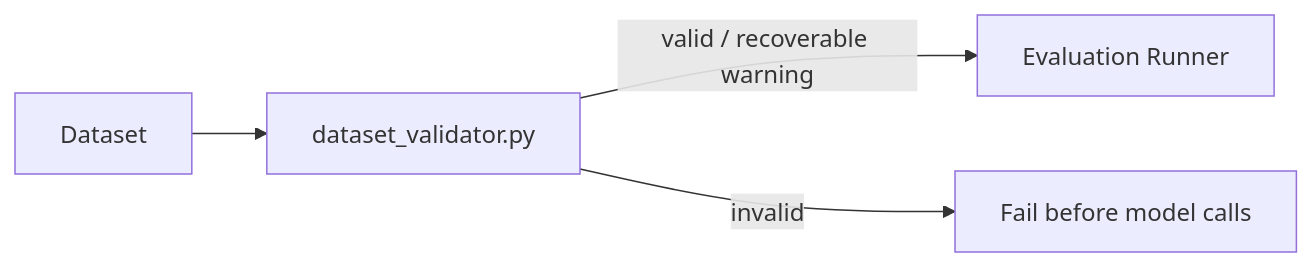
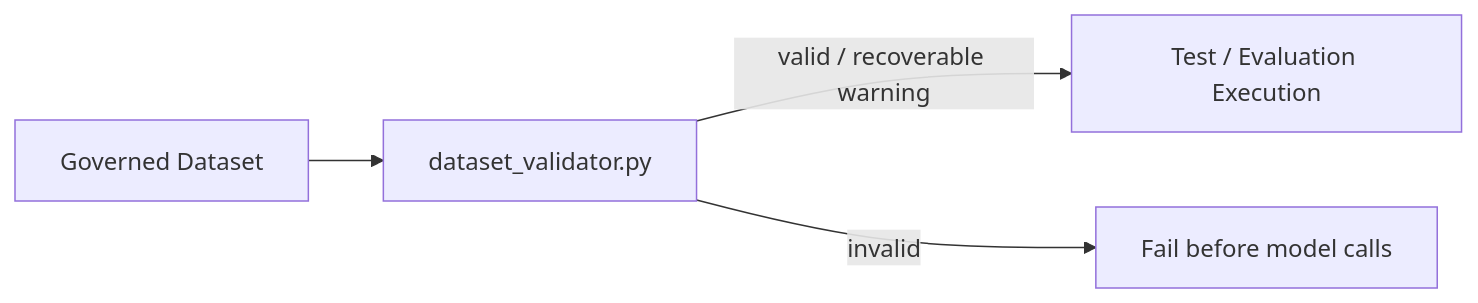
The second of 5 diagrams in docs/architecture.md (oleksandrserhieiev-beep/ai-qe-lab), drawn with Mermaid before and after one commit. The commit also changed other lines of this file, not shown here.

Commit message:
Synchronize canonical architecture with current implementation

````diff
--- a/docs/architecture.md
+++ b/docs/architecture.md
@@ -128,6 +108,6 @@
 ```mermaid
 flowchart LR
-    D[Dataset] --> V[dataset_validator.py]
-    V -->|valid / recoverable warning| R[Evaluation Runner]
+    D[Governed Dataset] --> V[dataset_validator.py]
+    V -->|valid / recoverable warning| R[Test / Evaluation Execution]
     V -->|invalid| F[Fail before model calls]
 ```
````
